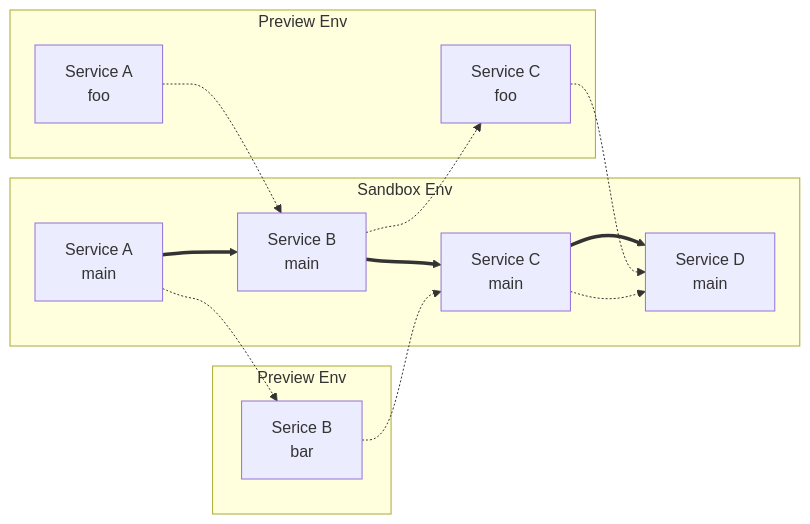
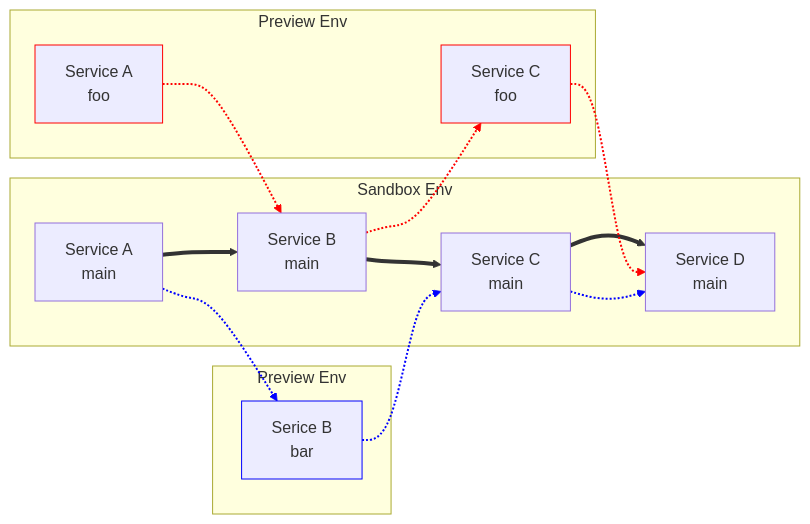
The first of 3 diagrams in profile/README.md (gitops-ci-cd/.github), drawn with Mermaid before and after one commit.

````diff
--- a/profile/README.md
+++ b/profile/README.md
@@ -64,31 +64,40 @@
     ```mermaid
     flowchart LR
         subgraph main[Sandbox Env]
             a[Service A
                 main]
             b[Service B
                 main]
             c[Service C
                 main]
             d[Service D
                 main]
 
-            a ==> b ==> c ==> d
+            a --> b --> c --> d
         end
 
         subgraph foo[Preview Env]
             a_foo[Service A
-                foo]
+                foo]:::foo
             c_foo[Service C
-                foo]
+                foo]:::foo
 
             a_foo -.-> b -.-> c_foo -.-> d
+
+
         end
 
         subgraph bar[Preview Env]
             b_bar[Serice B
-                bar]
+                bar]:::bar
 
             a -.-> b_bar -.-> c -.-> d
         end
+
+        classDef foo stroke:red
+        classDef bar stroke:blue
+
+        linkStyle 0,1,2 stroke-width:4px;
+        linkStyle 3,4,5 stroke-width:2px,stroke:red;
+        linkStyle 6,7,8 stroke-width:2px,stroke:blue;
     ```
````
